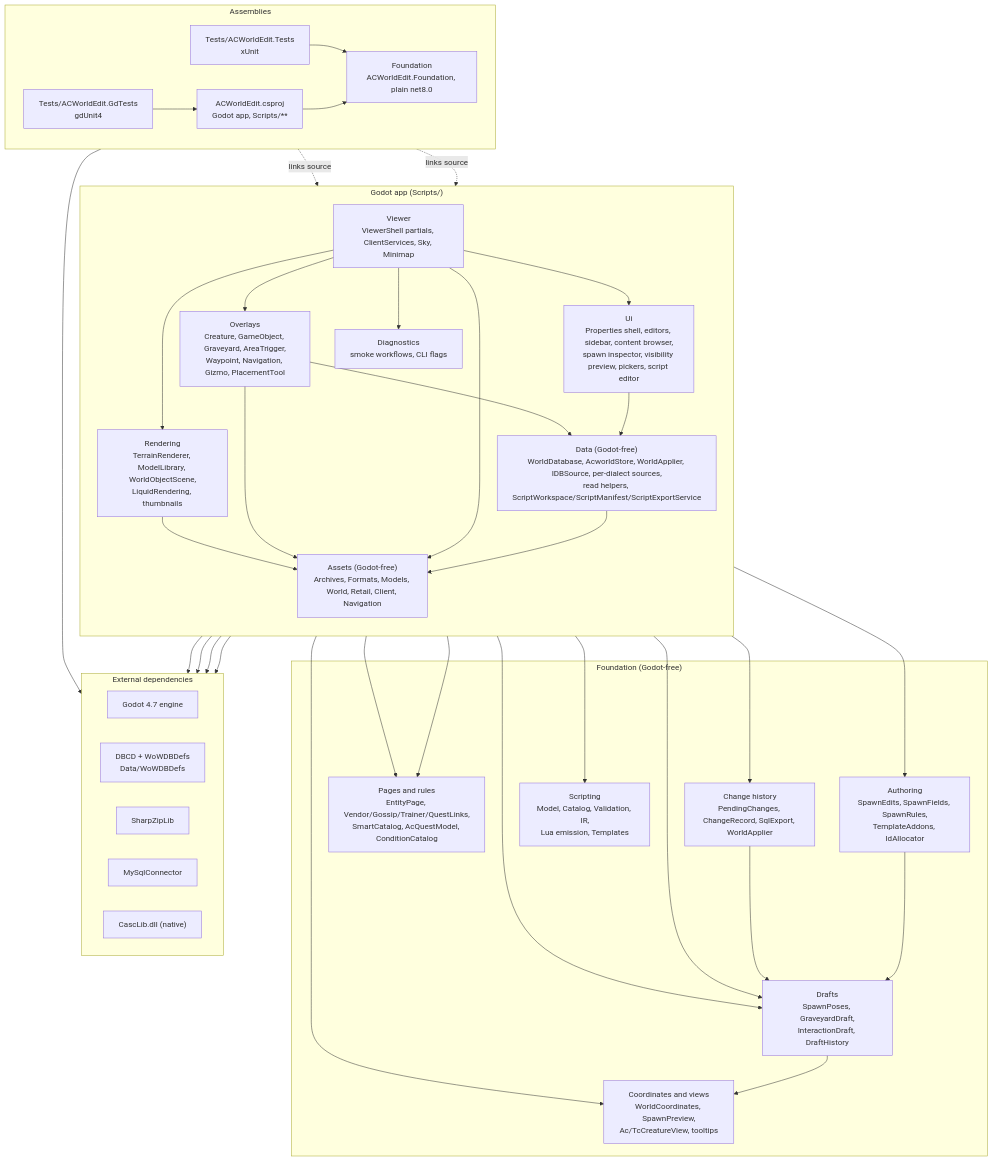
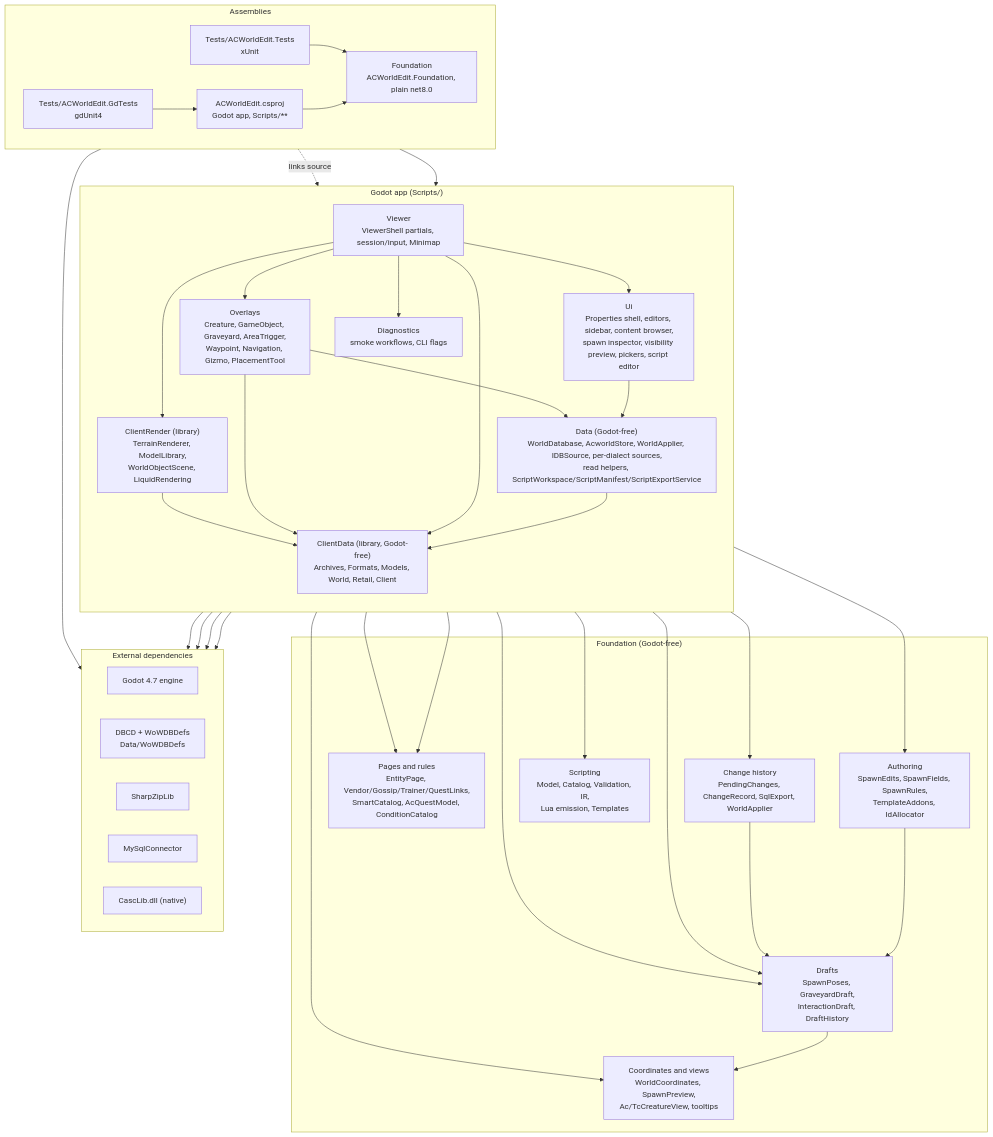
The second of 2 diagrams in docs/architecture/overview.md (glitterfartz/ac-world-edit), drawn with Mermaid before and after one commit. The commit also changed other lines of this file and 49 other files, not shown here.

Commit message:
refactor(render): move the renderer into its library project

````diff
--- a/docs/architecture/overview.md
+++ b/docs/architecture/overview.md
@@ -51,71 +51,71 @@
 ```mermaid
 flowchart TB
     subgraph Assemblies
         direction LR
         app["ACWorldEdit.csproj<br/>Godot app, Scripts/**"]
         fdn["Foundation<br/>ACWorldEdit.Foundation, plain net8.0"]
         tests["Tests/ACWorldEdit.Tests<br/>xUnit"]
         gd["Tests/ACWorldEdit.GdTests<br/>gdUnit4"]
     end
 
     subgraph Godot_app["Godot app (Scripts/)"]
         direction TB
-        viewer["Viewer<br/>ViewerShell partials, ClientServices, Sky, Minimap"]
-        render["Rendering<br/>TerrainRenderer, ModelLibrary, WorldObjectScene,<br/>LiquidRendering, thumbnails"]
+        viewer["Viewer<br/>ViewerShell partials, session/input, Minimap"]
+        render["ClientRender (library)<br/>TerrainRenderer, ModelLibrary,<br/>WorldObjectScene, LiquidRendering"]
         overlays["Overlays<br/>Creature, GameObject, Graveyard, AreaTrigger,<br/>Waypoint, Navigation, Gizmo, PlacementTool"]
         ui["Ui<br/>Properties shell, editors, sidebar, content browser,<br/>spawn inspector, visibility preview, pickers, script editor"]
         diag["Diagnostics<br/>smoke workflows, CLI flags"]
         data["Data (Godot-free)<br/>WorldDatabase, AcworldStore, WorldApplier, IDBSource, per-dialect sources,<br/>read helpers, ScriptWorkspace/ScriptManifest/ScriptExportService"]
-        assets["Assets (Godot-free)<br/>Archives, Formats, Models, World, Retail, Client, Navigation"]
+        assets["ClientData (library, Godot-free)<br/>Archives, Formats, Models, World, Retail, Client"]
     end
 
     subgraph Shared_logic["Foundation (Godot-free)"]
         drafts["Drafts<br/>SpawnPoses, GraveyardDraft,<br/>InteractionDraft, DraftHistory"]
         authoring["Authoring<br/>SpawnEdits, SpawnFields, SpawnRules,<br/>TemplateAddons, IdAllocator"]
         pages["Pages and rules<br/>EntityPage, Vendor/Gossip/Trainer/QuestLinks,<br/>SmartCatalog, AcQuestModel, ConditionCatalog"]
         export["Change history<br/>PendingChanges, ChangeRecord, SqlExport, WorldApplier"]
         scripting["Scripting<br/>Model, Catalog, Validation, IR,<br/>Lua emission, Templates"]
         misc["Coordinates and views<br/>WorldCoordinates, SpawnPreview,<br/>Ac/TcCreatureView, tooltips"]
     end
 
     subgraph External["External dependencies"]
         direction LR
         godot["Godot 4.7 engine"]
         dbcd["DBCD + WoWDBDefs<br/>Data/WoWDBDefs"]
         sharpzip["SharpZipLib"]
         mysql["MySqlConnector"]
         casc["CascLib.dll (native)"]
     end
 
     viewer --> render
     viewer --> overlays
     viewer --> ui
     viewer --> diag
     overlays --> data
     overlays --> drafts
     overlays --> authoring
     ui --> drafts
     ui --> pages
     ui --> data
     viewer --> export
     render --> assets
     overlays --> assets
     viewer --> assets
     data --> assets
     data --> pages
     data --> misc
     drafts --> misc
     authoring --> drafts
     export --> drafts
     app --> godot
     assets --> dbcd
     assets --> sharpzip
     assets --> casc
     data --> mysql
     data --> scripting
-    tests -. links source .-> assets
+    tests --> assets
     tests -. links source .-> data
     tests --> fdn
     gd --> app
     app --> fdn
 ```
````
